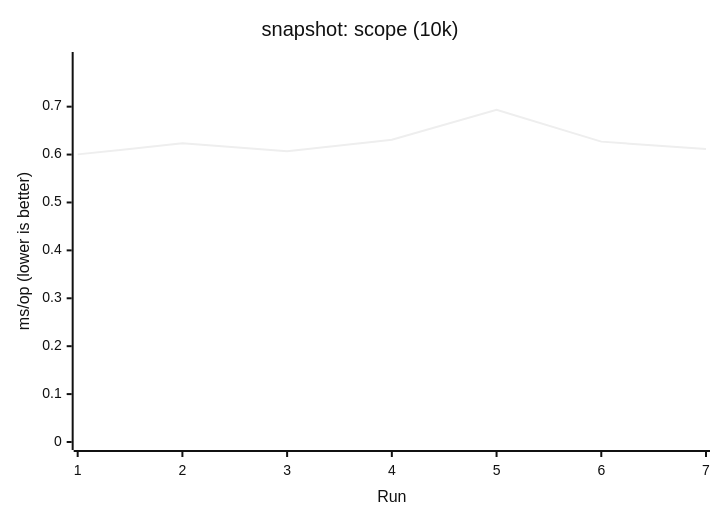
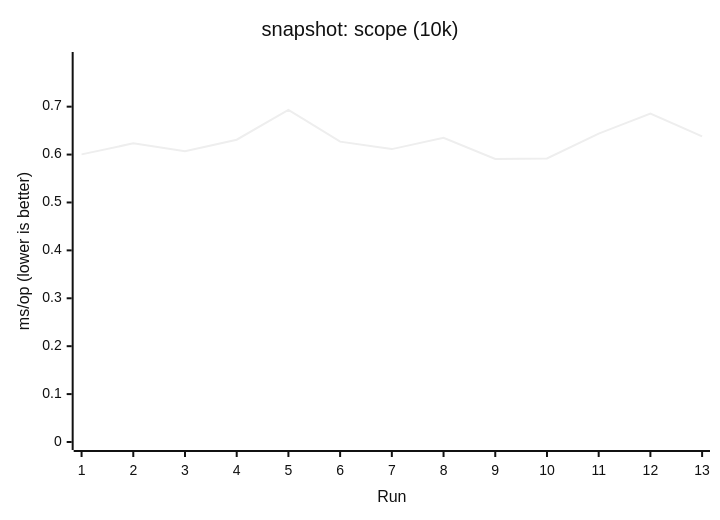
Before and after one commit to AIluffy/io: the third of 17 diagrams in apps/docs/src/content/docs/en/guides/benchmark.mdx, drawn with Mermaid (neutral theme). The commit also changed other lines of this file and 11 other files, not shown here.

````diff
--- a/apps/docs/src/content/docs/en/guides/benchmark.mdx
+++ b/apps/docs/src/content/docs/en/guides/benchmark.mdx
@@ -120,7 +207,7 @@
 ```mermaid
 xychart-beta
   title "snapshot: scope (10k)"
-  x-axis "Run" [1, 2, 3, 4, 5, 6, 7]
+  x-axis "Run" [1, 2, 3, 4, 5, 6, 7, 8, 9, 10, 11, 12, 13]
   y-axis "ms/op (lower is better)" 0 --> 0.7974
-  line [0.6004, 0.6234, 0.6068, 0.631, 0.6934, 0.627, 0.6114]
+  line [0.6004, 0.6234, 0.6068, 0.631, 0.6934, 0.627, 0.6114, 0.6352, 0.591, 0.5919, 0.6436, 0.6856, 0.638]
 ```
````
